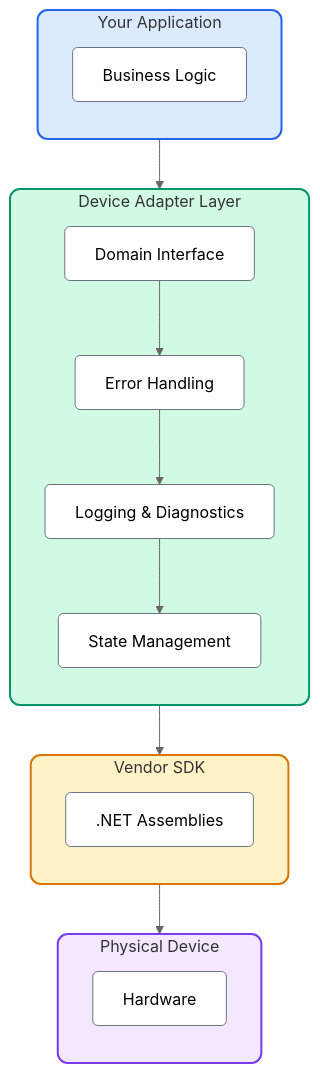
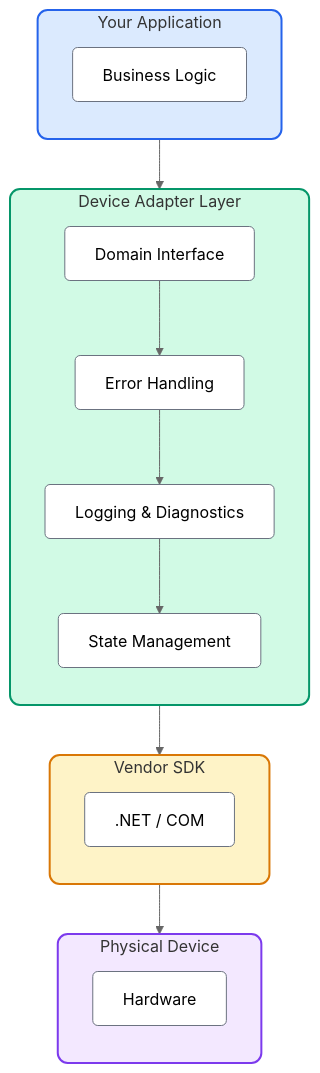
The first of 2 diagrams in src/content/blog/dev-practices/native-sdk-integration.md (tltmzmaos/jm-blog), drawn with Mermaid (neutral theme) before and after one commit. The commit also changed other lines of this file, not shown here.

````diff
--- a/src/content/blog/dev-practices/native-sdk-integration.md
+++ b/src/content/blog/dev-practices/native-sdk-integration.md
@@ -221,44 +315,44 @@
 ```mermaid
 flowchart TB
     subgraph app["Your Application"]
         direction TB
         biz["Business Logic"]
     end
 
     subgraph adapter["Device Adapter Layer"]
         direction TB
         interface["Domain Interface"]
         error["Error Handling"]
         logging["Logging & Diagnostics"]
         state["State Management"]
     end
 
     subgraph sdk["Vendor SDK"]
         direction TB
-        dll[".NET Assemblies"]
+        dll[".NET / COM"]
     end
 
     subgraph hw["Physical Device"]
         direction TB
         device["Hardware"]
     end
 
     biz --> interface
     interface --> error
     error --> logging
     logging --> state
     state --> dll
     dll --> device
 
     classDef appStyle fill:#dbeafe,stroke:#2563eb,stroke-width:2px,rx:10,ry:10
     classDef adapterStyle fill:#d1fae5,stroke:#059669,stroke-width:2px,rx:10,ry:10
     classDef sdkStyle fill:#fef3c7,stroke:#d97706,stroke-width:2px,rx:10,ry:10
     classDef hwStyle fill:#f3e8ff,stroke:#7c3aed,stroke-width:2px,rx:10,ry:10
     classDef nodeStyle fill:#ffffff,stroke:#6b7280,stroke-width:1px,rx:5,ry:5
 
     class app appStyle
     class adapter adapterStyle
     class sdk sdkStyle
     class hw hwStyle
     class biz,interface,error,logging,state,dll,device nodeStyle
 ```
````
